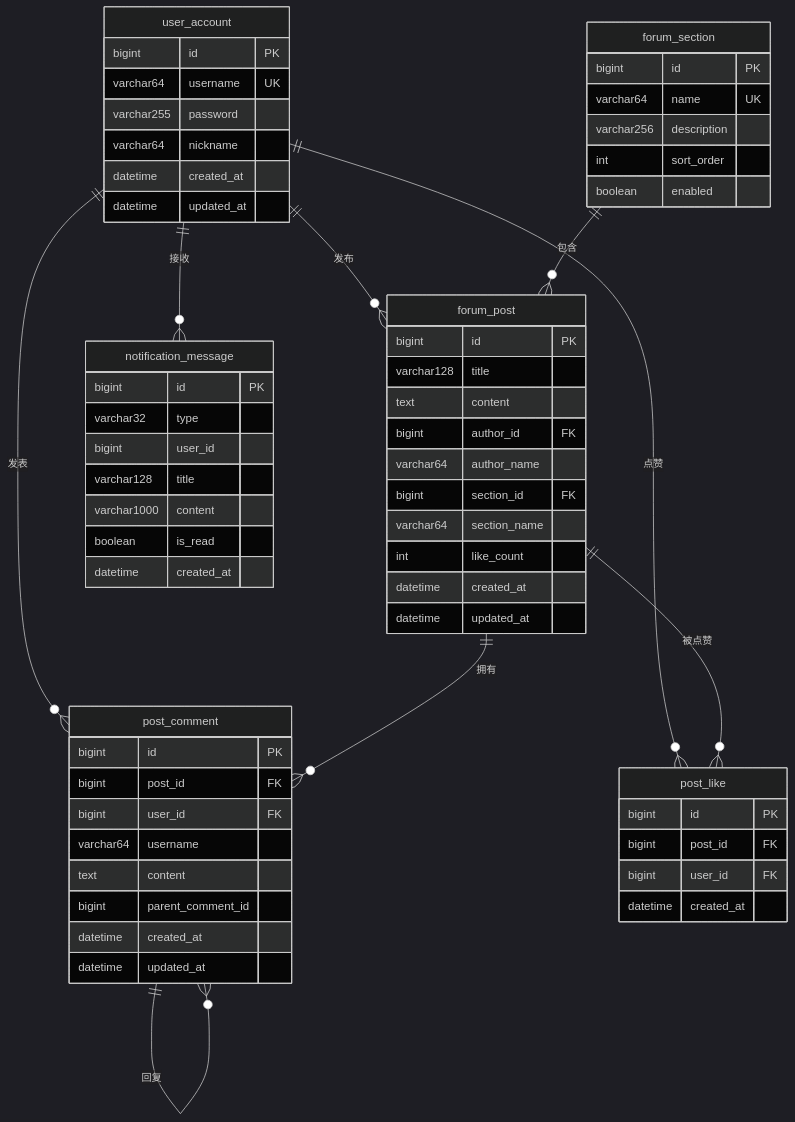
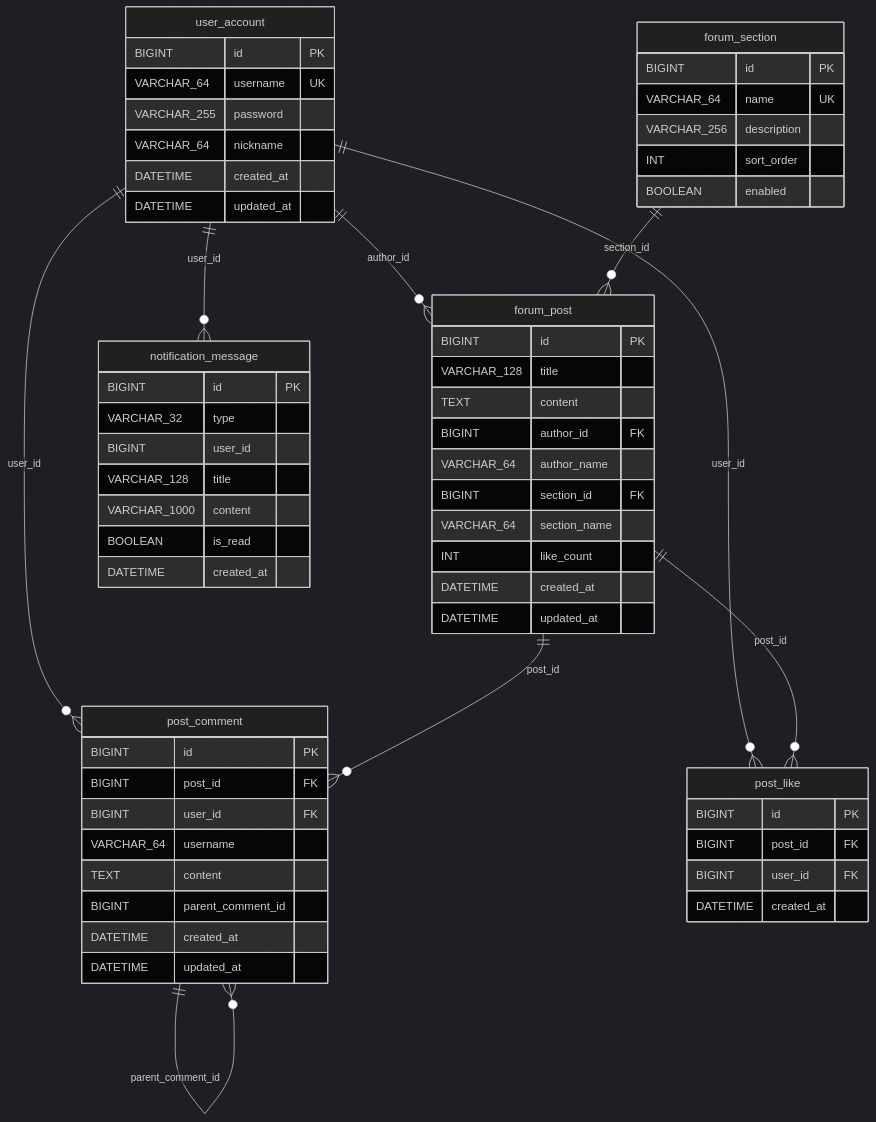
One commit to Wkjlovec/graduation_project_zhuang changed the diagram in docs/diagrams/fig4-4-er-diagram.mmd. Above: the diagram before and after it, drawn with Mermaid (dark theme). The commit also changed 3 other files, not shown here.

Commit message:
docs: 图4-1改为无交叉部署图(数据层标注在节点内), 图4-4 ER图改为方正直角样式

```diff
--- a/docs/diagrams/fig4-4-er-diagram.mmd
+++ b/docs/diagrams/fig4-4-er-diagram.mmd
@@ -1,62 +1,61 @@
 erDiagram
     user_account {
-        bigint id PK
-        varchar64 username UK
-        varchar255 password
-        varchar64 nickname
-        datetime created_at
-        datetime updated_at
+        BIGINT id PK
+        VARCHAR_64 username UK
+        VARCHAR_255 password
+        VARCHAR_64 nickname
+        DATETIME created_at
+        DATETIME updated_at
     }
     forum_section {
-        bigint id PK
-        varchar64 name UK
-        varchar256 description
-        int sort_order
-        boolean enabled
+        BIGINT id PK
+        VARCHAR_64 name UK
+        VARCHAR_256 description
+        INT sort_order
+        BOOLEAN enabled
     }
     forum_post {
-        bigint id PK
-        varchar128 title
-        text content
-        bigint author_id FK
-        varchar64 author_name
-        bigint section_id FK
-        varchar64 section_name
-        int like_count
-        datetime created_at
-        datetime updated_at
+        BIGINT id PK
+        VARCHAR_128 title
+        TEXT content
+        BIGINT author_id FK
+        VARCHAR_64 author_name
+        BIGINT section_id FK
+        VARCHAR_64 section_name
+        INT like_count
+        DATETIME created_at
+        DATETIME updated_at
     }
     post_comment {
-        bigint id PK
-        bigint post_id FK
-        bigint user_id FK
-        varchar64 username
-        text content
-        bigint parent_comment_id
-        datetime created_at
-        datetime updated_at
+        BIGINT id PK
+        BIGINT post_id FK
+        BIGINT user_id FK
+        VARCHAR_64 username
+        TEXT content
+        BIGINT parent_comment_id
+        DATETIME created_at
+        DATETIME updated_at
     }
     post_like {
-        bigint id PK
-        bigint post_id FK
-        bigint user_id FK
-        datetime created_at
+        BIGINT id PK
+        BIGINT post_id FK
+        BIGINT user_id FK
+        DATETIME created_at
     }
     notification_message {
-        bigint id PK
-        varchar32 type
-        bigint user_id
-        varchar128 title
-        varchar1000 content
-        boolean is_read
-        datetime created_at
+        BIGINT id PK
+        VARCHAR_32 type
+        BIGINT user_id
+        VARCHAR_128 title
+        VARCHAR_1000 content
+        BOOLEAN is_read
+        DATETIME created_at
     }
-
-    user_account ||--o{ forum_post : "发布"
-    user_account ||--o{ post_comment : "发表"
-    user_account ||--o{ post_like : "点赞"
-    forum_section ||--o{ forum_post : "包含"
-    forum_post ||--o{ post_comment : "拥有"
-    forum_post ||--o{ post_like : "被点赞"
-    post_comment ||--o{ post_comment : "回复"
-    user_account ||--o{ notification_message : "接收"
+    user_account ||--o{ forum_post : "author_id"
+    user_account ||--o{ post_comment : "user_id"
+    user_account ||--o{ post_like : "user_id"
+    user_account ||--o{ notification_message : "user_id"
+    forum_section ||--o{ forum_post : "section_id"
+    forum_post ||--o{ post_comment : "post_id"
+    forum_post ||--o{ post_like : "post_id"
+    post_comment ||--o{ post_comment : "parent_comment_id"
```
